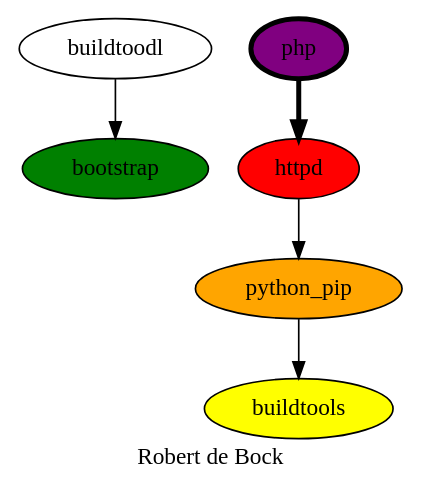
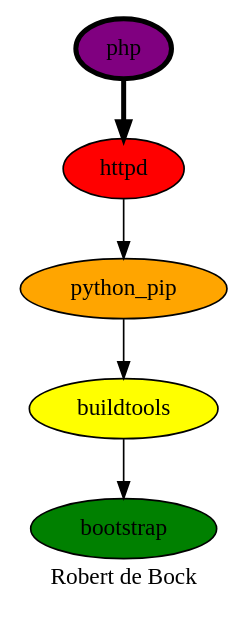
One commit to robertdebock/drawings changed the diagram in php.dot. Above: the diagram before and after it, drawn with Graphviz. The commit also changed 1 other file, not shown here.

```diff
--- a/php.dot
+++ b/php.dot
@@ -1,15 +1,15 @@
 digraph PhiloDilemma {
   label = "Robert de Bock" ;
   overlap=false
   {
     bootstrap [fillcolor=green style=filled]
     buildtools [fillcolor=yellow style=filled]
     "python_pip" [fillcolor=orange style=filled]
     httpd [fillcolor=red style=filled]
     php [fillcolor=purple style=filled penwidth=3]
   }
   php -> httpd [penwidth=3]
   httpd -> python_pip
   python_pip -> buildtools
-  buildtoodl -> bootstrap
+  buildtools -> bootstrap
 }
```
